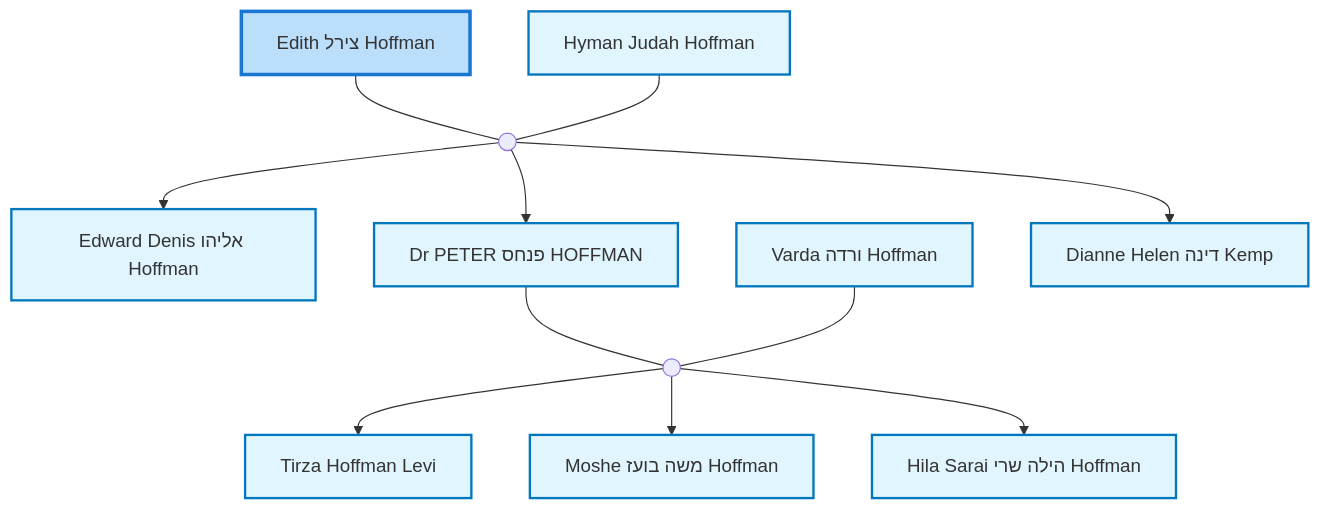
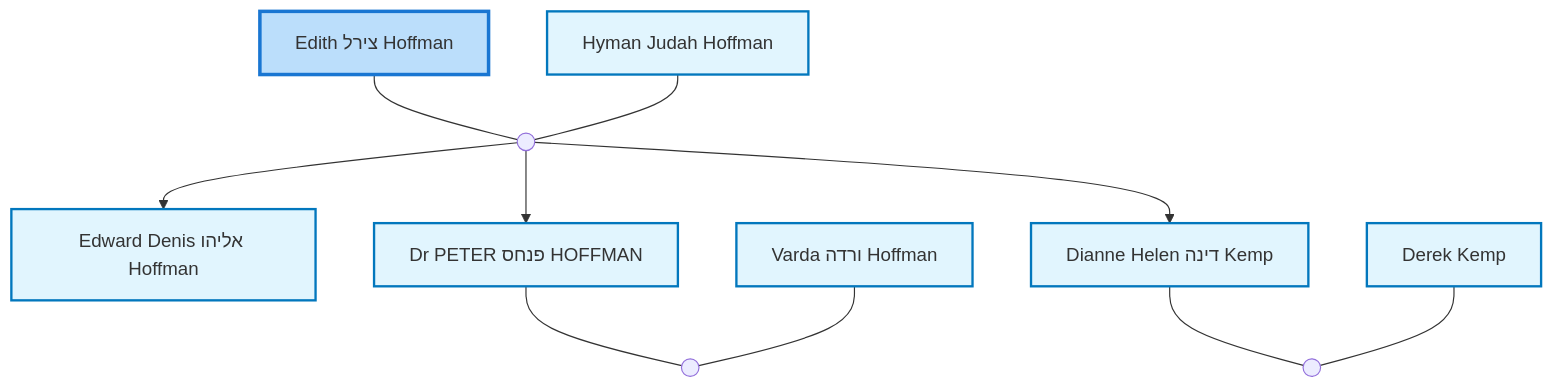
Before and after one commit to moshehoff/FamilyHistory: the third of 3 diagrams in site/content/profiles/Edith צירל Hoffman.md, drawn with Mermaid. The commit also changed other lines of this file and 133 other files, not shown here.

Commit message:
Update Moshe Hoffman ID: I10 -> I11052340 and rename I38516664 biography

````diff
--- a/site/content/profiles/Edith צירל Hoffman.md
+++ b/site/content/profiles/Edith צירל Hoffman.md
@@ -82,45 +62,39 @@
 ```mermaid
 flowchart TD
 classDef person fill:#e1f5fe,stroke:#0277bd,stroke-width:2px;
 classDef internal-link fill:#e1f5fe,stroke:#0277bd,stroke-width:2px;
 classDef current fill:#bbdefb,stroke:#1976d2,stroke-width:3px;
-idI3["Edith צירל Hoffman"]
-class idI3 current
-click idI3 "../profiles/Edith-%D7%A6%D7%99%D7%A8%D7%9C-Hoffman" "Edith צירל Hoffman"
-idI2["Hyman Judah Hoffman"]
-class idI2 internal-link
-click idI2 "../profiles/Hyman-Judah-Hoffman" "Hyman Judah Hoffman"
-marriage_idF2((" "))
-idI3 --- marriage_idF2
-idI2 --- marriage_idF2
-idI7["Edward Denis אליהו Hoffman"]
-class idI7 internal-link
-click idI7 "../profiles/Edward-Denis-%D7%90%D7%9C%D7%99%D7%94%D7%95-Hoffman" "Edward Denis אליהו Hoffman"
-marriage_idF2 --> idI7
-idI1["Dr PETER פנחס HOFFMAN"]
-class idI1 internal-link
-click idI1 "../profiles/Dr-PETER-%D7%A4%D7%A0%D7%97%D7%A1-HOFFMAN" "Dr PETER פנחס HOFFMAN"
-marriage_idF2 --> idI1
-idI9["Varda ורדה Hoffman"]
-class idI9 internal-link
-click idI9 "../profiles/Varda-%D7%95%D7%A8%D7%93%D7%94-Hoffman" "Varda ורדה Hoffman"
-marriage_idF1((" "))
-idI1 --- marriage_idF1
-idI9 --- marriage_idF1
-idI4["Tirza Hoffman Levi"]
-class idI4 internal-link
-click idI4 "../profiles/Tirza-Hoffman-Levi" "Tirza Hoffman Levi"
-marriage_idF1 --> idI4
-idI5["Moshe משה בועז Hoffman"]
-class idI5 internal-link
-click idI5 "../profiles/Moshe-%D7%9E%D7%A9%D7%94-%D7%91%D7%95%D7%A2%D7%96-Hoffman" "Moshe משה בועז Hoffman"
-marriage_idF1 --> idI5
-idI6["Hila Sarai הילה שרי Hoffman"]
-class idI6 internal-link
-click idI6 "../profiles/Hila-Sarai-%D7%94%D7%99%D7%9C%D7%94-%D7%A9%D7%A8%D7%99-Hoffman" "Hila Sarai הילה שרי Hoffman"
-marriage_idF1 --> idI6
-idI8["Dianne Helen דינה Kemp"]
-class idI8 internal-link
-click idI8 "../profiles/Dianne-Helen-%D7%93%D7%99%D7%A0%D7%94-Kemp" "Dianne Helen דינה Kemp"
-marriage_idF2 --> idI8
+idI38516664["Edith צירל Hoffman"]
+class idI38516664 current
+click idI38516664 "../profiles/Edith-%D7%A6%D7%99%D7%A8%D7%9C-Hoffman" "Edith צירל Hoffman"
+idI11052350["Hyman Judah Hoffman"]
+class idI11052350 internal-link
+click idI11052350 "../profiles/Hyman-Judah-Hoffman" "Hyman Judah Hoffman"
+marriage_idF13161432((" "))
+idI38516664 --- marriage_idF13161432
+idI11052350 --- marriage_idF13161432
+idI38516763["Edward Denis אליהו Hoffman"]
+class idI38516763 internal-link
+click idI38516763 "../profiles/Edward-Denis-%D7%90%D7%9C%D7%99%D7%94%D7%95-Hoffman" "Edward Denis אליהו Hoffman"
+marriage_idF13161432 --> idI38516763
+idI11052359["Dr PETER פנחס HOFFMAN"]
+class idI11052359 internal-link
+click idI11052359 "../profiles/Dr-PETER-%D7%A4%D7%A0%D7%97%D7%A1-HOFFMAN" "Dr PETER פנחס HOFFMAN"
+marriage_idF13161432 --> idI11052359
+idI38517487["Varda ורדה Hoffman"]
+class idI38517487 internal-link
+click idI38517487 "../profiles/Varda-%D7%95%D7%A8%D7%93%D7%94-Hoffman" "Varda ורדה Hoffman"
+marriage_idF13161723((" "))
+idI11052359 --- marriage_idF13161723
+idI38517487 --- marriage_idF13161723
+idI38516790["Dianne Helen דינה Kemp"]
+class idI38516790 internal-link
+click idI38516790 "../profiles/Dianne-Helen-%D7%93%D7%99%D7%A0%D7%94-Kemp" "Dianne Helen דינה Kemp"
+marriage_idF13161432 --> idI38516790
+idI38739432["Derek Kemp"]
+class idI38739432 internal-link
+click idI38739432 "../profiles/Derek-Kemp" "Derek Kemp"
+marriage_idF13237018((" "))
+idI38516790 --- marriage_idF13237018
+idI38739432 --- marriage_idF13237018
 ```
````
